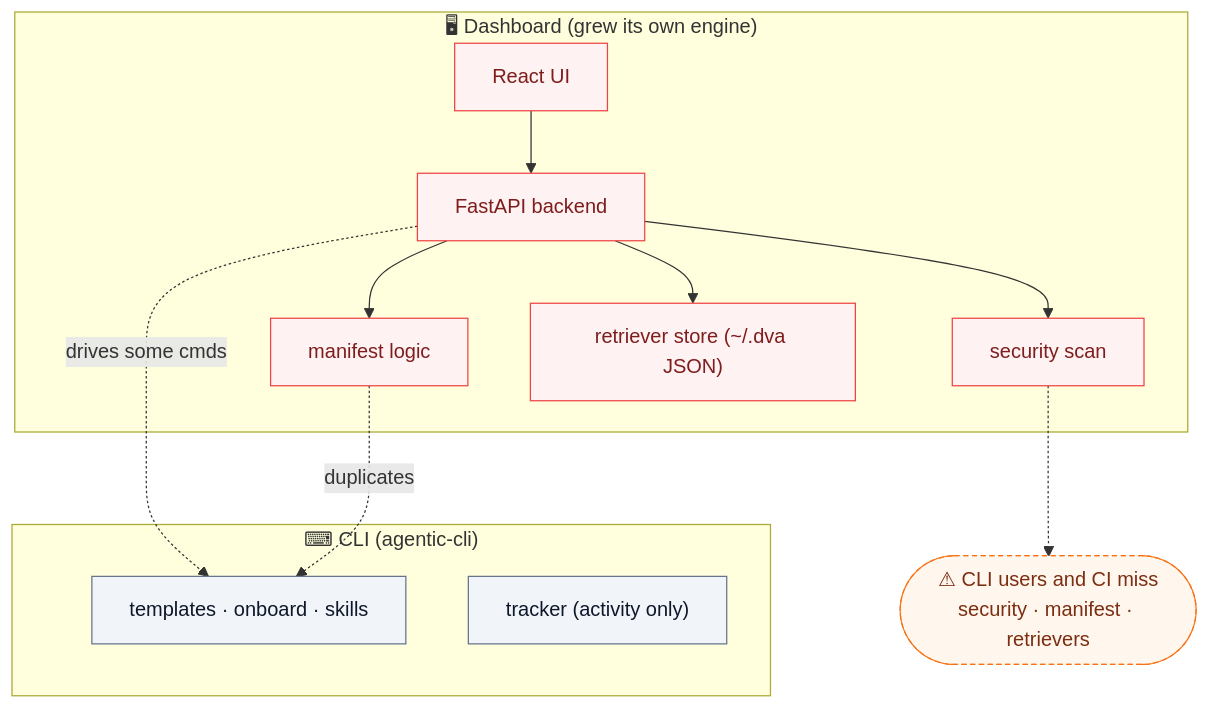
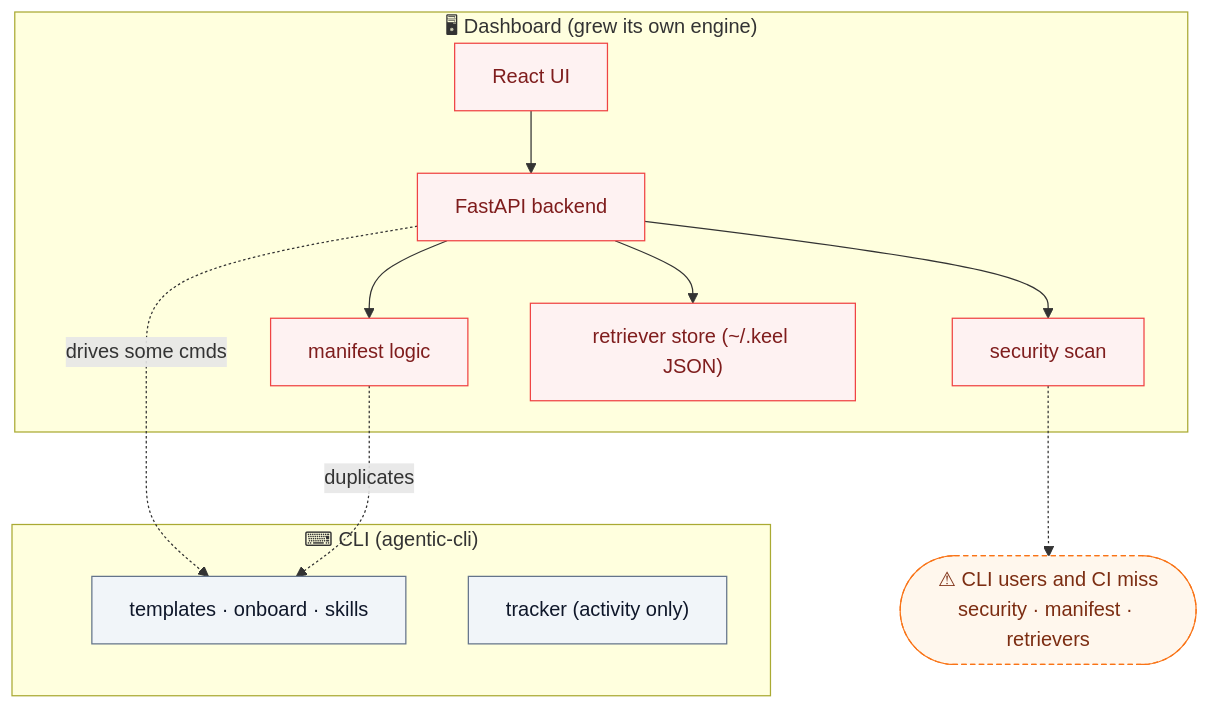
One commit to VcCorg/keelyard changed the first of 3 diagrams in docs/design/02-architecture.md. Above: the diagram before and after it, drawn with Mermaid. The commit also changed other lines of this file and 346 other files, not shown here.

````diff
--- a/docs/design/02-architecture.md
+++ b/docs/design/02-architecture.md
@@ -26,24 +26,24 @@
 ```mermaid
 flowchart TB
   subgraph DASH["🖥 Dashboard (grew its own engine)"]
     UI["React UI"] --> BE["FastAPI backend"]
     BE --> L1["manifest logic"]
     BE --> L2["security scan"]
-    BE --> L3["retriever store (~/.dva JSON)"]
+    BE --> L3["retriever store (~/.keel JSON)"]
   end
   subgraph CLIB["⌨ CLI (agentic-cli)"]
     ENG["templates · onboard · skills"]
     TR["tracker (activity only)"]
   end
   BE -. "drives some cmds" .-> ENG
   L1 -. "duplicates" .-> ENG
   X(["⚠ CLI users and CI miss<br/>security · manifest · retrievers"])
   L2 -.-> X
 
   classDef dash fill:#fef2f2,stroke:#ef4444,color:#7f1d1d;
   classDef cli fill:#f1f5f9,stroke:#64748b,color:#0f172a;
   classDef warn fill:#fff7ed,stroke:#f97316,color:#7c2d12,stroke-dasharray:4 3;
   class UI,BE,L1,L2,L3 dash;
   class ENG,TR cli;
   class X warn;
 ```
````
